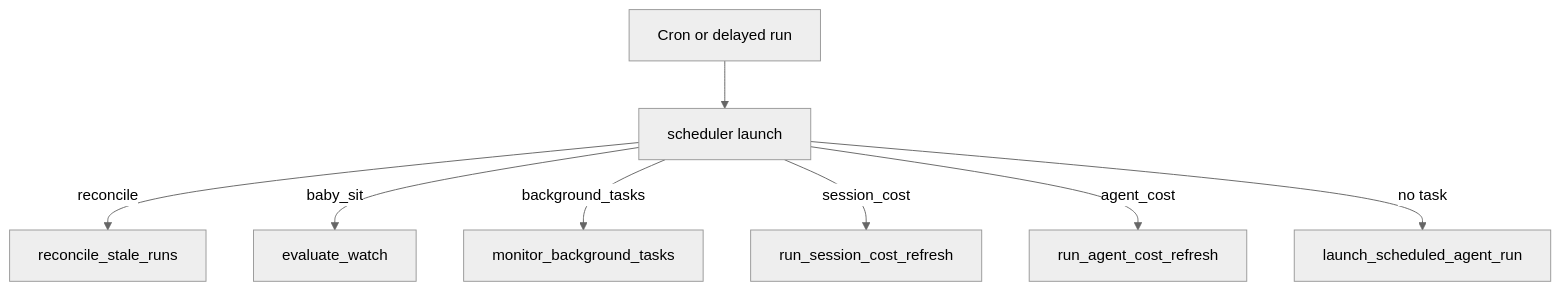
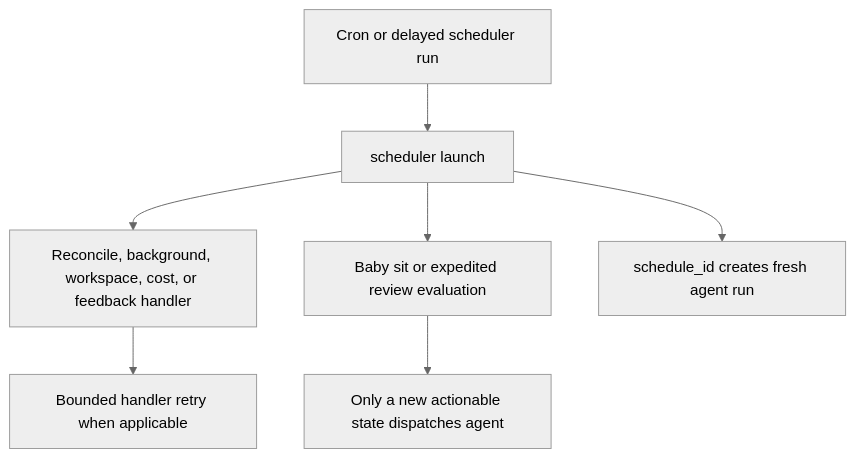
Before and after one commit to langchain-ai/open-swe: the first of 2 diagrams in openwiki/workflows/scheduling-and-baby-sit.md, drawn with Mermaid (neutral theme). The commit also changed other lines of this file and 51 other files, not shown here.

````diff
--- a/openwiki/workflows/scheduling-and-baby-sit.md
+++ b/openwiki/workflows/scheduling-and-baby-sit.md
@@ -67,10 +61,9 @@
 ```mermaid
 flowchart TD
-  Tick["Cron or delayed run"] --> Launch["scheduler launch"]
-  Launch -->|reconcile| Reconcile["reconcile_stale_runs"]
-  Launch -->|baby_sit| Watch["evaluate_watch"]
-  Launch -->|background_tasks| Background["monitor_background_tasks"]
-  Launch -->|session_cost| SessionCost["run_session_cost_refresh"]
-  Launch -->|agent_cost| AgentCost["run_agent_cost_refresh"]
-  Launch -->|no task| Schedule["launch_scheduled_agent_run"]
+  Tick["Cron or delayed scheduler run"] --> Launch["scheduler launch"]
+  Launch --> Maintain["Reconcile, background, workspace, cost, or feedback handler"]
+  Launch --> Watch["Baby sit or expedited review evaluation"]
+  Launch --> Schedule["schedule_id creates fresh agent run"]
+  Watch --> Continue["Only a new actionable state dispatches agent"]
+  Maintain --> Retry["Bounded handler retry when applicable"]
 ```
````
